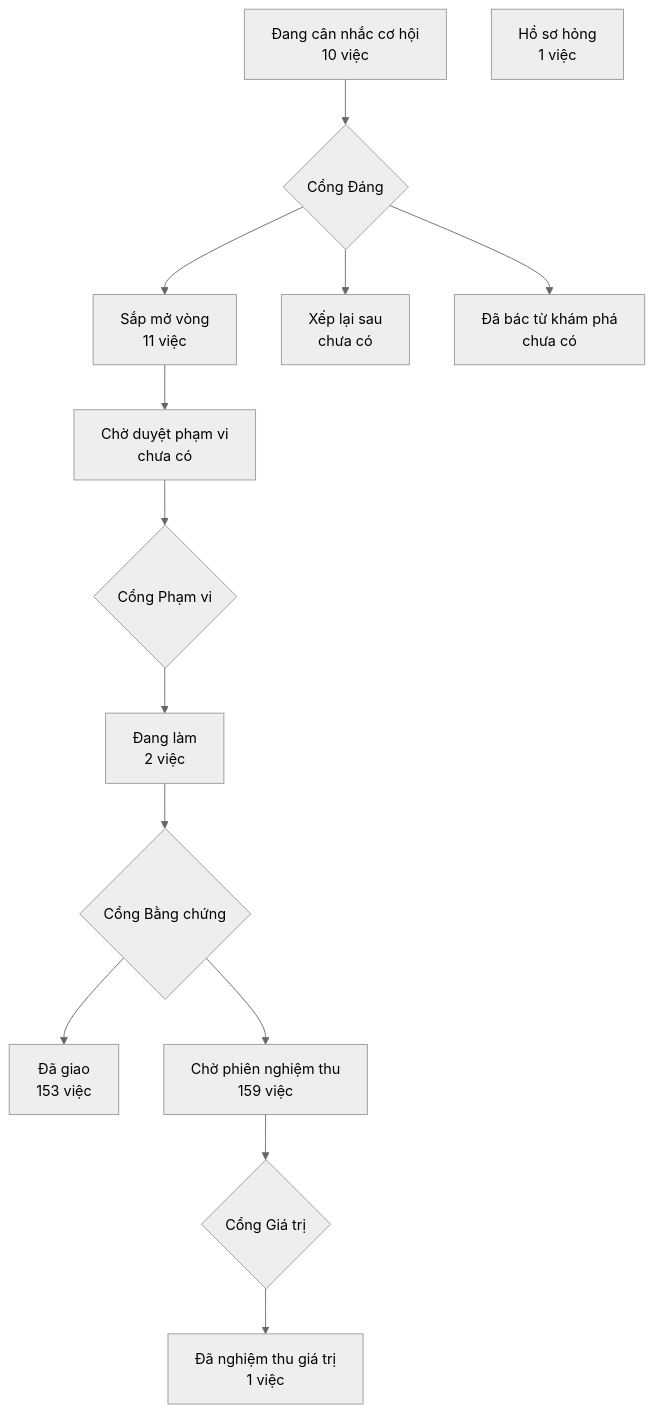
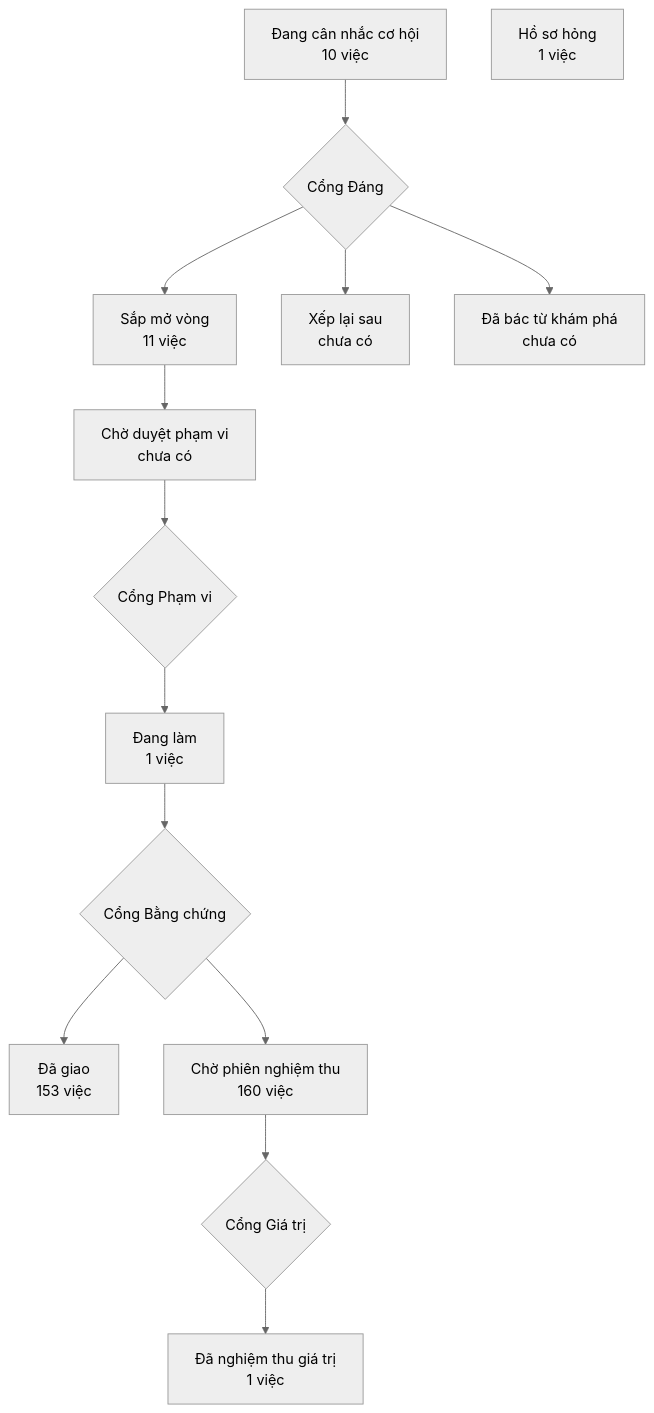
Before and after one commit to phanlemanh/crm-onehub: the diagram in PRODUCT-MAP.md, drawn with Mermaid (neutral theme). The commit also changed 4 other files, not shown here.

````diff
--- a/PRODUCT-MAP.md
+++ b/PRODUCT-MAP.md
@@ -7,13 +7,13 @@
 ```mermaid
 flowchart TD
   A["Đang cân nhắc cơ hội<br/>10 việc"] --> GD{"Cổng Đáng"}
   GD --> B["Sắp mở vòng<br/>11 việc"]
   GD --> XL["Xếp lại sau<br/>chưa có"]
   GD --> DB["Đã bác từ khám phá<br/>chưa có"]
   B --> CD["Chờ duyệt phạm vi<br/>chưa có"] --> GP{"Cổng Phạm vi"}
-  GP --> DL["Đang làm<br/>2 việc"] --> GB{"Cổng Bằng chứng"}
+  GP --> DL["Đang làm<br/>1 việc"] --> GB{"Cổng Bằng chứng"}
   GB --> DG["Đã giao<br/>153 việc"]
-  GB --> CN["Chờ phiên nghiệm thu<br/>159 việc"] --> GG{"Cổng Giá trị"}
+  GB --> CN["Chờ phiên nghiệm thu<br/>160 việc"] --> GG{"Cổng Giá trị"}
   GG --> NT["Đã nghiệm thu giá trị<br/>1 việc"]
   HS["Hồ sơ hỏng<br/>1 việc"]
 ```
````
